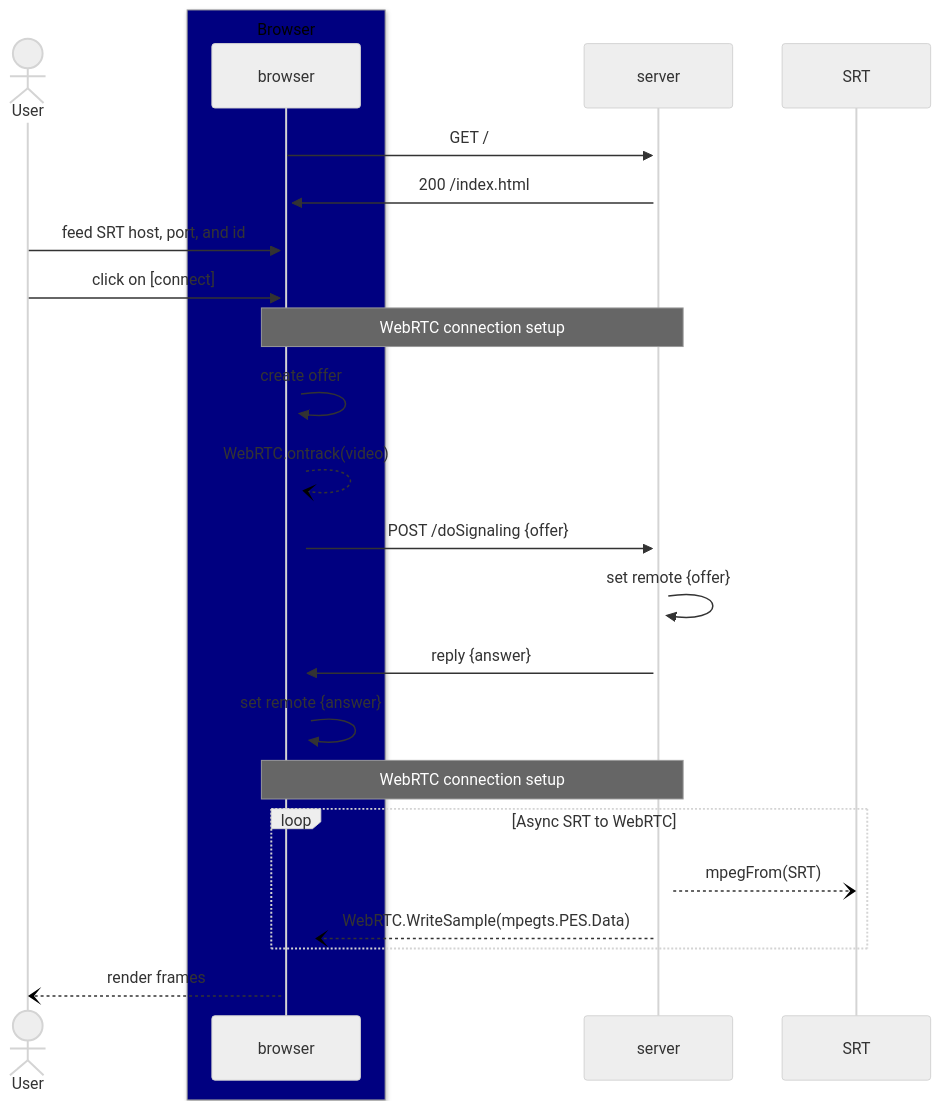
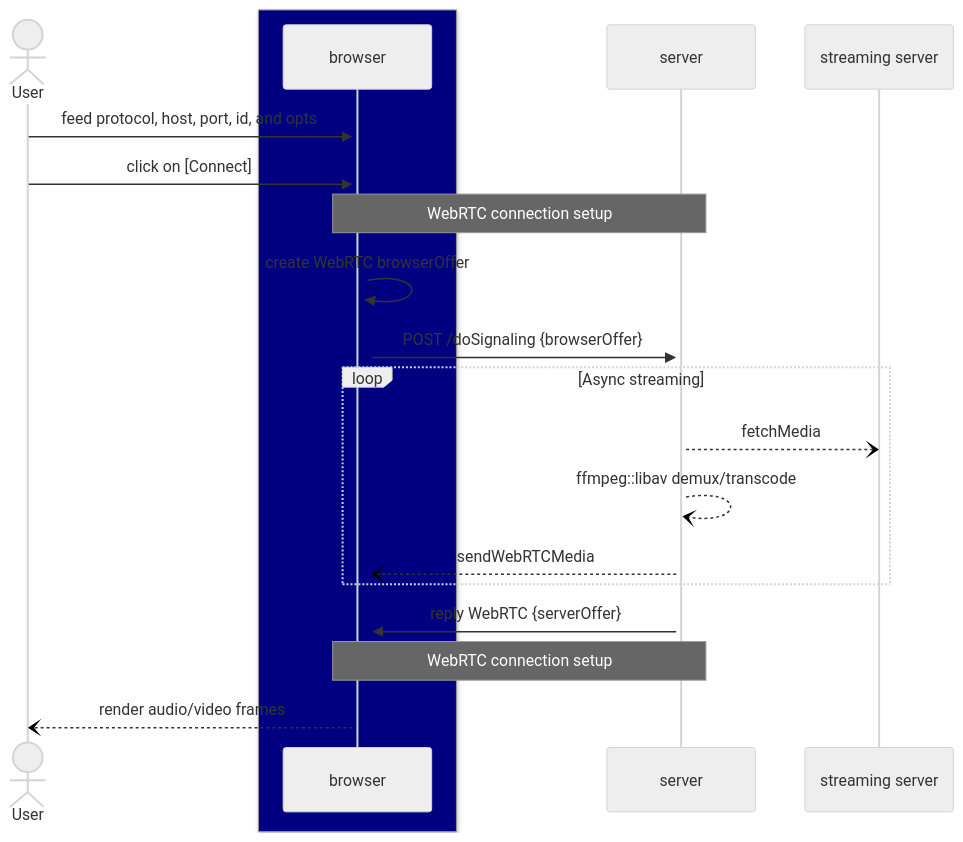
The diagram in HOW_IT_WORKS.md (flavioribeiro/donut), drawn with Mermaid (neutral theme) before and after one commit. The commit also changed other lines of this file and 2 other files, not shown here.

Commit message:
add comments about what to do

````diff
--- a/HOW_IT_WORKS.md
+++ b/HOW_IT_WORKS.md
@@ -3,32 +3,28 @@
 ```mermaid
 sequenceDiagram
     actor User
 
-    box Navy Browser
+    box Navy
         participant browser
     end
- 
-    browser->>+server: GET /
-    server->>+browser: 200 /index.html
-    User->>+browser: feed SRT host, port, and id
-    User->>+browser: click on [connect]
+
+    User->>+browser: feed protocol, host, port, id, and opts
+    User->>+browser: click on [Connect]
     
     Note over server,browser: WebRTC connection setup
     
-    browser->>+browser: create offer
-    browser--)browser: WebRTC.ontrack(video)
-    browser->>+server: POST /doSignaling {offer}
-    server->>+server: set remote {offer}
-    server->>+browser: reply {answer}
-    browser->>+browser: set remote {answer}
+    browser->>+browser: create WebRTC browserOffer
+    browser->>+server: POST /doSignaling {browserOffer}
+
+    loop Async streaming
+        server--)streaming server: fetchMedia
+        server--)server: ffmpeg::libav demux/transcode
+        server--)browser: sendWebRTCMedia
+    end
+
+    server->>+browser: reply WebRTC {serverOffer}
 
     Note over server,browser: WebRTC connection setup
-
-    loop Async SRT to WebRTC
-        server--)SRT: mpegFrom(SRT)
-        server--)browser: WebRTC.WriteSample(mpegts.PES.Data)
-    end
-
     
-    browser--)User: render frames
+    browser--)User: render audio/video frames
 ```
````
